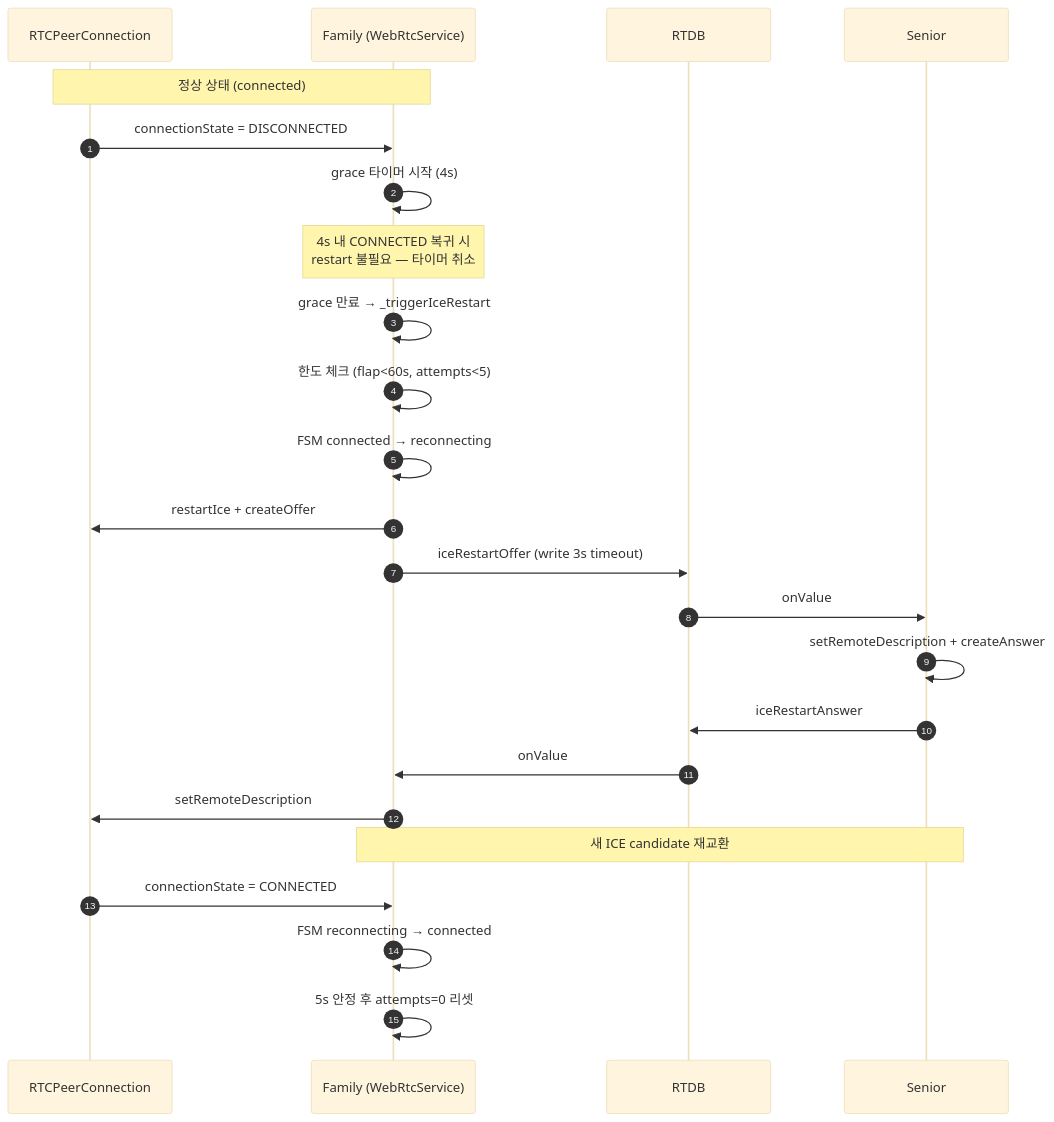
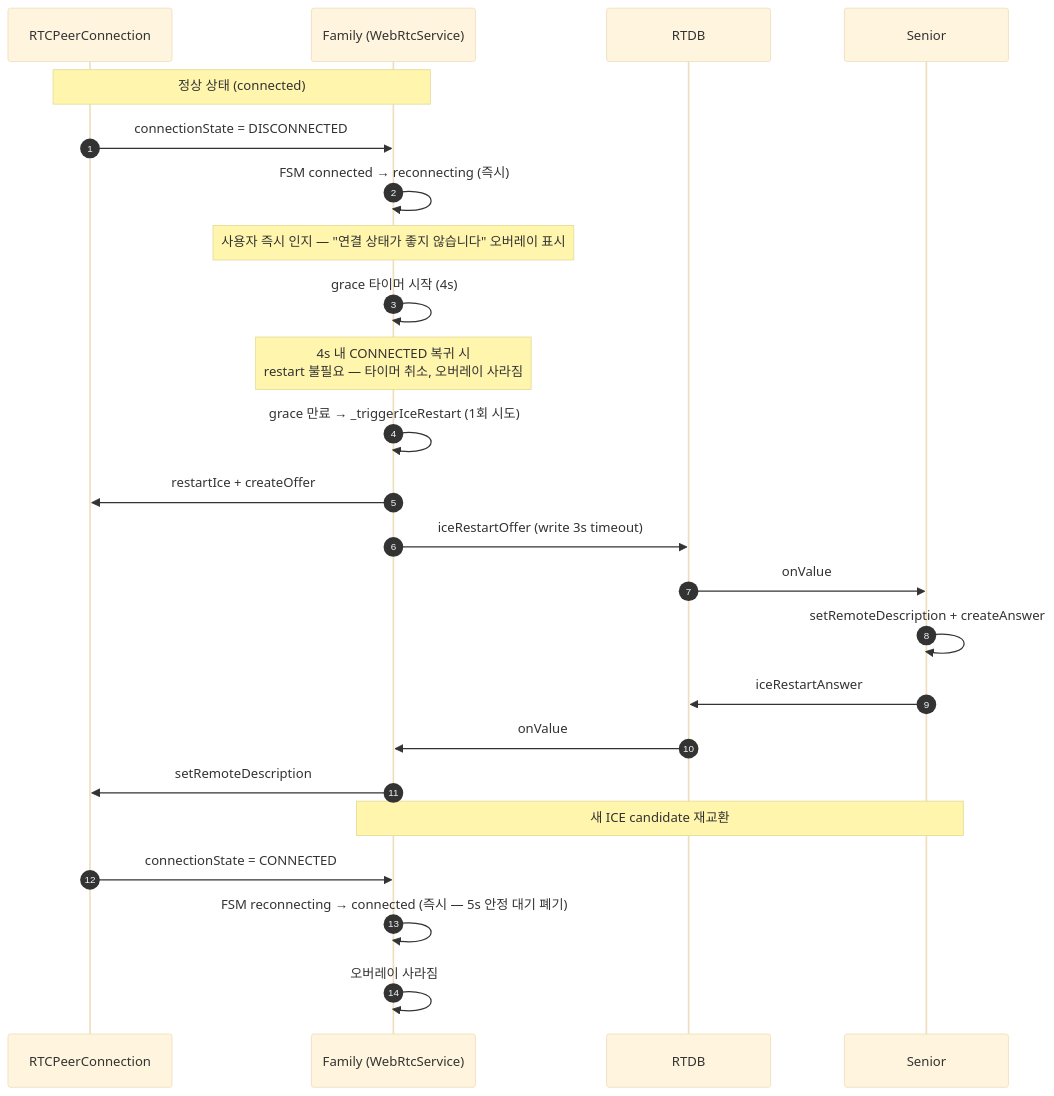
Before and after one commit to HANSOLJJ/senior_care_family: the sixth of 13 diagrams in docs/call-scenarios.md, drawn with Mermaid (base theme). The commit also changed other lines of this file and 6 other files, not shown here.

````diff
--- a/docs/call-scenarios.md
+++ b/docs/call-scenarios.md
@@ -160,28 +164,28 @@
 ```mermaid
 %%{init: {'sequence': {'actorMargin':90, 'messageMargin':50, 'width':200}}}%%
 sequenceDiagram
     autonumber
     participant PC as RTCPeerConnection
     participant F as Family (WebRtcService)
     participant R as RTDB
     participant S as Senior
 
     Note over PC,F: 정상 상태 (connected)
     PC->>F: connectionState = DISCONNECTED
+    F->>F: FSM connected → reconnecting (즉시)
+    Note over F: 사용자 즉시 인지 — "연결 상태가 좋지 않습니다" 오버레이 표시
     F->>F: grace 타이머 시작 (4s)
-    Note over F: 4s 내 CONNECTED 복귀 시<br/>restart 불필요 — 타이머 취소
-    F->>F: grace 만료 → _triggerIceRestart
-    F->>F: 한도 체크 (flap<60s, attempts<5)
-    F->>F: FSM connected → reconnecting
+    Note over F: 4s 내 CONNECTED 복귀 시<br/>restart 불필요 — 타이머 취소, 오버레이 사라짐
+    F->>F: grace 만료 → _triggerIceRestart (1회 시도)
     F->>PC: restartIce + createOffer
     F->>R: iceRestartOffer (write 3s timeout)
     R->>S: onValue
     S->>S: setRemoteDescription + createAnswer
     S->>R: iceRestartAnswer
     R->>F: onValue
     F->>PC: setRemoteDescription
     Note over F,S: 새 ICE candidate 재교환
     PC->>F: connectionState = CONNECTED
-    F->>F: FSM reconnecting → connected
-    F->>F: 5s 안정 후 attempts=0 리셋
+    F->>F: FSM reconnecting → connected (즉시 — 5s 안정 대기 폐기)
+    F->>F: 오버레이 사라짐
 ```
````
